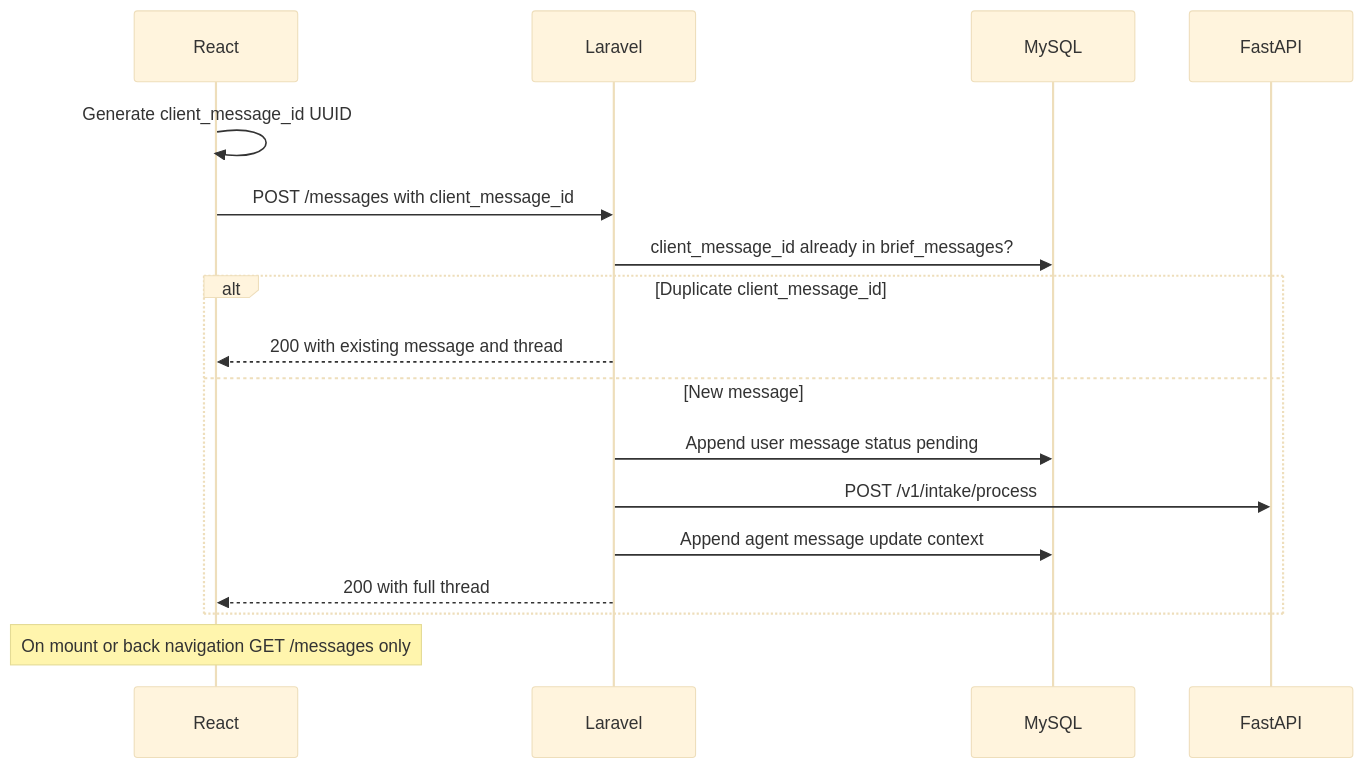
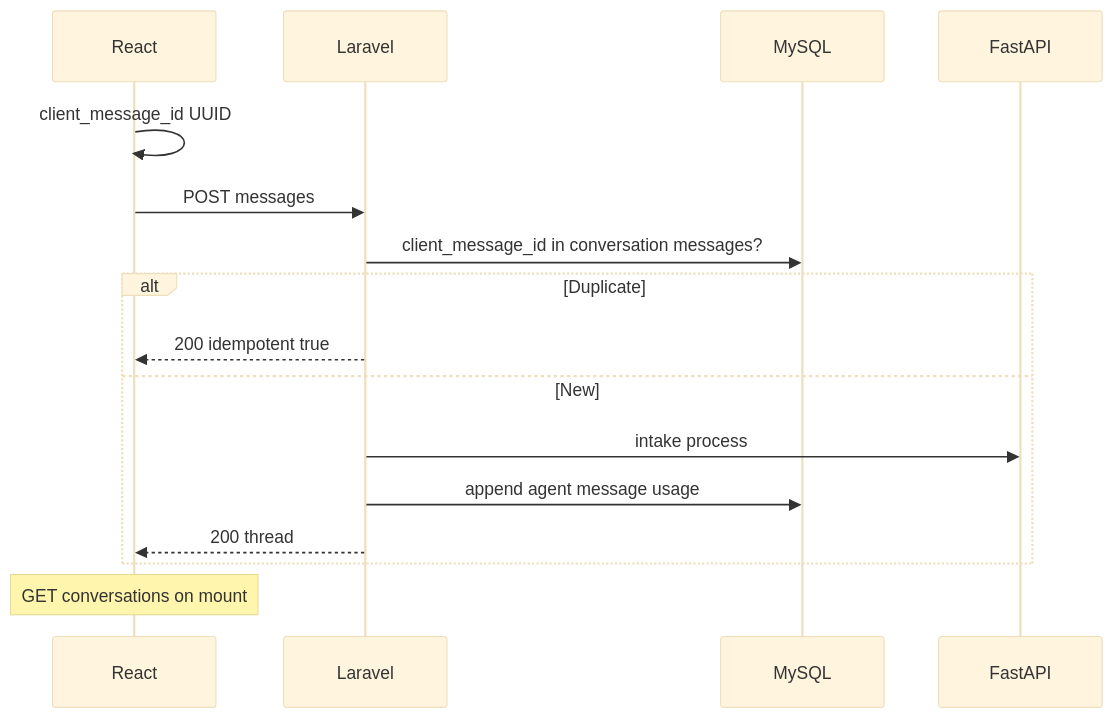
One commit to MohamedThabt/sirius changed the first of 5 diagrams in docs/v0.2/v0.2.1/use-cases/uc-001-flexible-brief-intake.md. Above: the diagram before and after it, drawn with Mermaid (base theme). The commit also changed other lines of this file and 1 other file, not shown here.

First line of the commit message:
feat: add DB migration plan for Project Intake context

````diff
--- a/docs/v0.2/v0.2.1/use-cases/uc-001-flexible-brief-intake.md
+++ b/docs/v0.2/v0.2.1/use-cases/uc-001-flexible-brief-intake.md
@@ -110,19 +138,18 @@
 ```mermaid
 sequenceDiagram
     participant UI as React
     participant API as Laravel
     participant DB as MySQL
 
-    UI->>UI: Generate client_message_id UUID
-    UI->>API: POST /messages with client_message_id
-    API->>DB: client_message_id already in brief_messages?
-    alt Duplicate client_message_id
-        API-->>UI: 200 with existing message and thread
-    else New message
-        API->>DB: Append user message status pending
-        API->>FastAPI: POST /v1/intake/process
-        API->>DB: Append agent message update context
-        API-->>UI: 200 with full thread
+    UI->>UI: client_message_id UUID
+    UI->>API: POST messages
+    API->>DB: client_message_id in conversation messages?
+    alt Duplicate
+        API-->>UI: 200 idempotent true
+    else New
+        API->>FastAPI: intake process
+        API->>DB: append agent message usage
+        API-->>UI: 200 thread
     end
-    Note over UI: On mount or back navigation GET /messages only
+    Note over UI: GET conversations on mount
 ```
````
